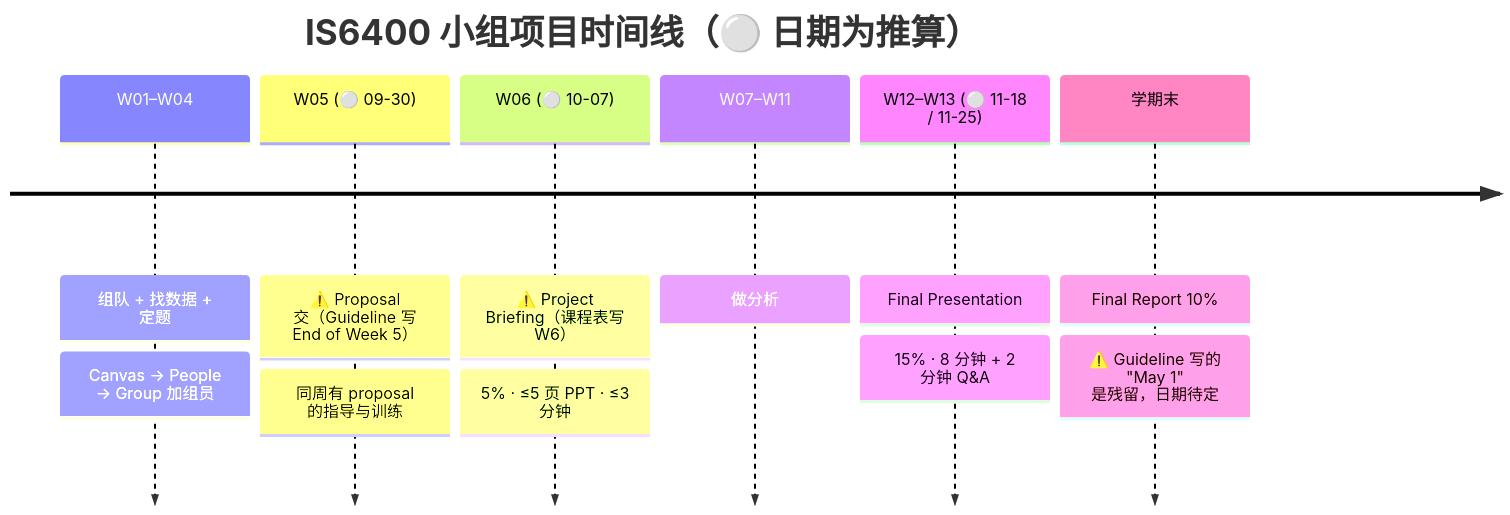
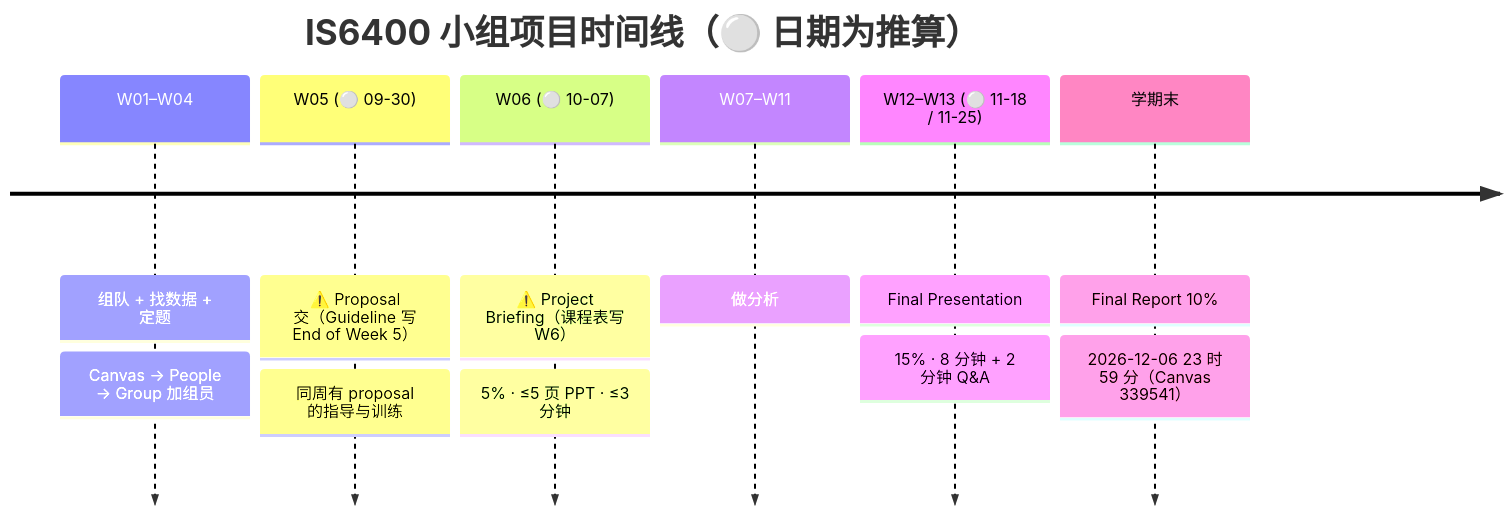
Before and after one commit to CercaTrovato/cityu-ai-course-notes: the diagram in IS6400_Business_Data_Analytics/_meta/作业与DDL.md, drawn with Mermaid. The commit also changed other lines of this file and 5 other files, not shown here.

````diff
--- a/IS6400_Business_Data_Analytics/_meta/作业与DDL.md
+++ b/IS6400_Business_Data_Analytics/_meta/作业与DDL.md
@@ -310,15 +316,15 @@
 ```mermaid
 timeline
     title IS6400 小组项目时间线（⚪ 日期为推算）
     W01–W04 : 组队 + 找数据 + 定题
             : Canvas → People → Group 加组员
     W05 (⚪ 09-30) : ⚠️ Proposal 交（Guideline 写 End of Week 5）
                   : 同周有 proposal 的指导与训练
     W06 (⚪ 10-07) : ⚠️ Project Briefing（课程表写 W6）
                   : 5% · ≤5 页 PPT · ≤3 分钟
     W07–W11 : 做分析
     W12–W13 (⚪ 11-18 / 11-25) : Final Presentation
                               : 15% · 8 分钟 + 2 分钟 Q&A
     学期末 : Final Report 10%
-           : ⚠️ Guideline 写的 "May 1" 是残留，日期待定
+           : 2026-12-06 23 时 59 分（Canvas 339541）
 ```
````
